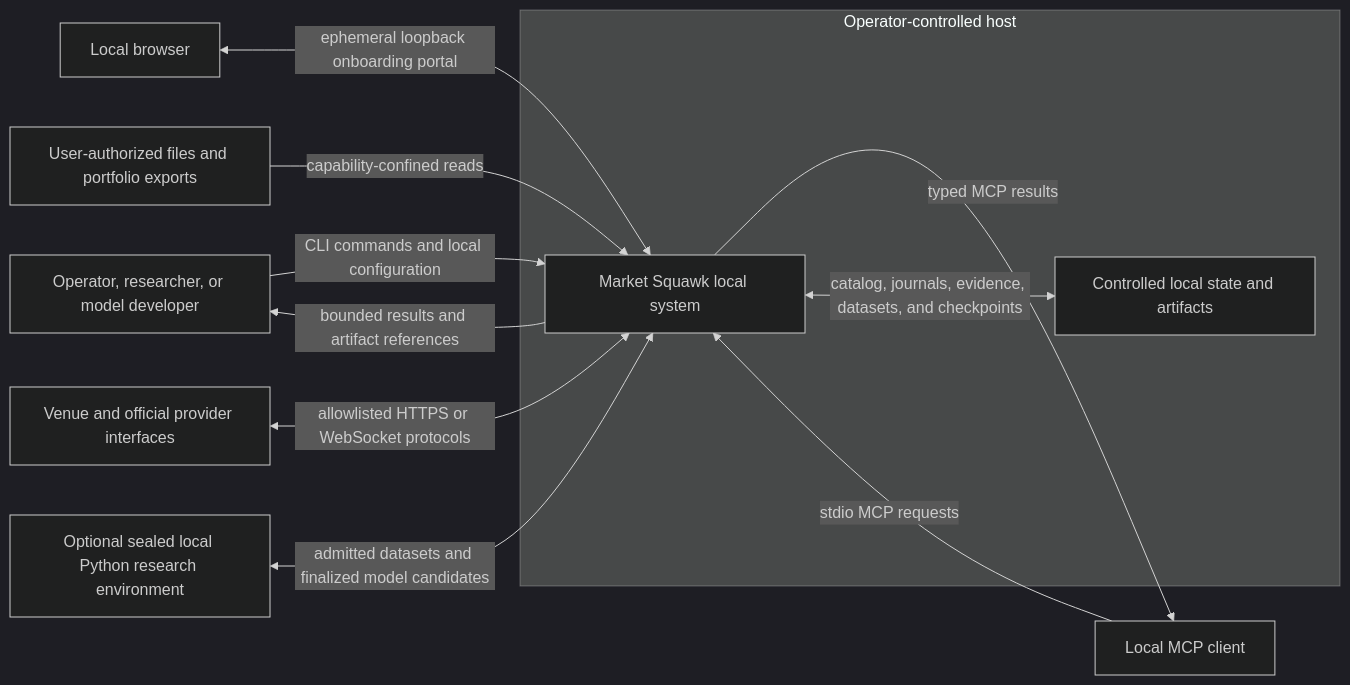
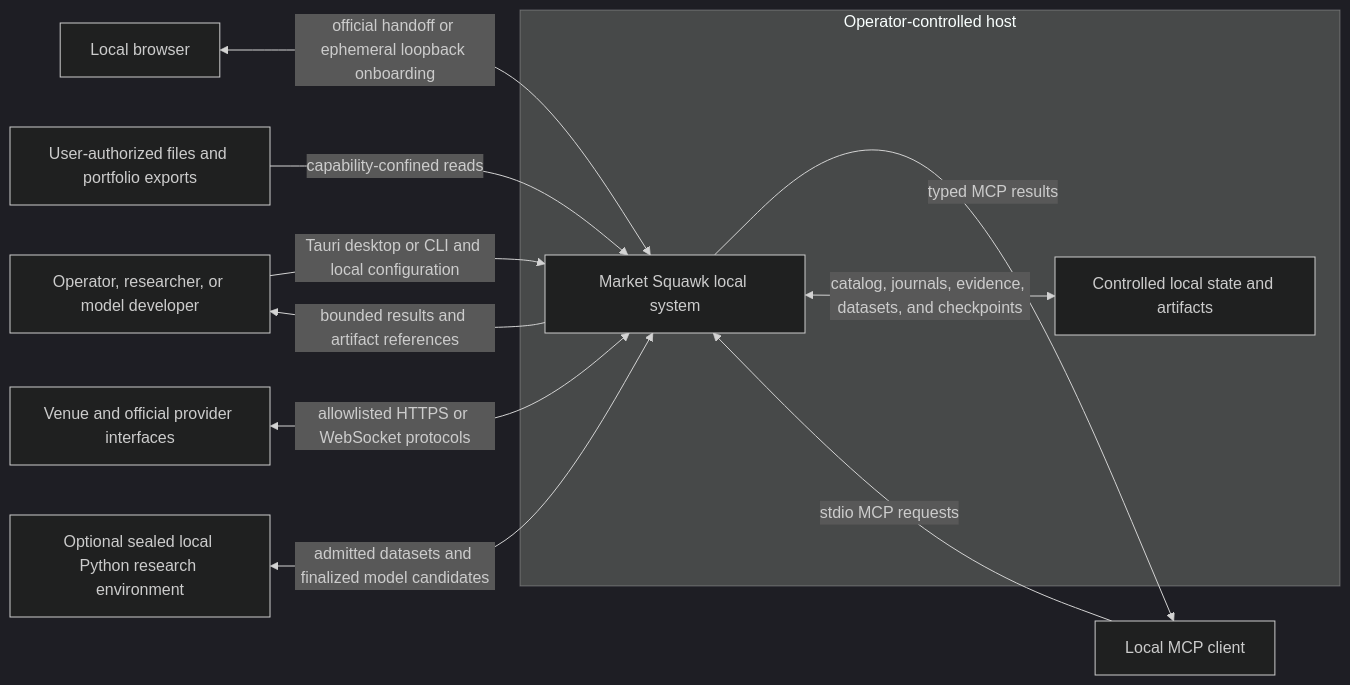
Before and after one commit to Sawmonabo/market-squawk: the first of 2 diagrams in docs/architecture/overview.md, drawn with Mermaid (dark theme). The commit also changed other lines of this file and 16 other files, not shown here.

````diff
--- a/docs/architecture/overview.md
+++ b/docs/architecture/overview.md
@@ -96,24 +96,24 @@
 ```mermaid
 flowchart LR
     Operator["Operator, researcher, or model developer"]
     McpClient["Local MCP client"]
     Browser["Local browser"]
     Files["User-authorized files and portfolio exports"]
     Providers["Venue and official provider interfaces"]
     Python["Optional sealed local Python research environment"]
 
     subgraph Host["Operator-controlled host"]
         MarketSquawk["Market Squawk local system"]
         LocalState["Controlled local state and artifacts"]
     end
 
-    Operator -->|"CLI commands and local configuration"| MarketSquawk
+    Operator -->|"Tauri desktop or CLI and local configuration"| MarketSquawk
     McpClient -->|"stdio MCP requests"| MarketSquawk
     MarketSquawk -->|"bounded results and artifact references"| Operator
     MarketSquawk -->|"typed MCP results"| McpClient
-    Browser <-->|"ephemeral loopback onboarding portal"| MarketSquawk
+    Browser <-->|"official handoff or ephemeral loopback onboarding"| MarketSquawk
     Files -->|"capability-confined reads"| MarketSquawk
     Providers <-->|"allowlisted HTTPS or WebSocket protocols"| MarketSquawk
     Python <-->|"admitted datasets and finalized model candidates"| MarketSquawk
     MarketSquawk <-->|"catalog, journals, evidence, datasets, and checkpoints"| LocalState
 ```
````
